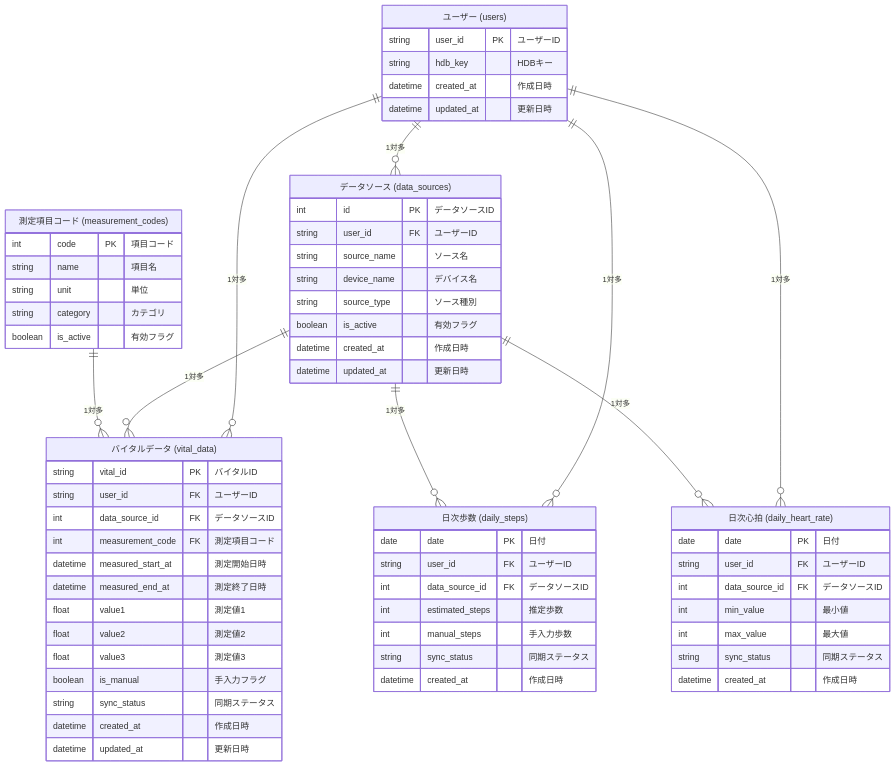
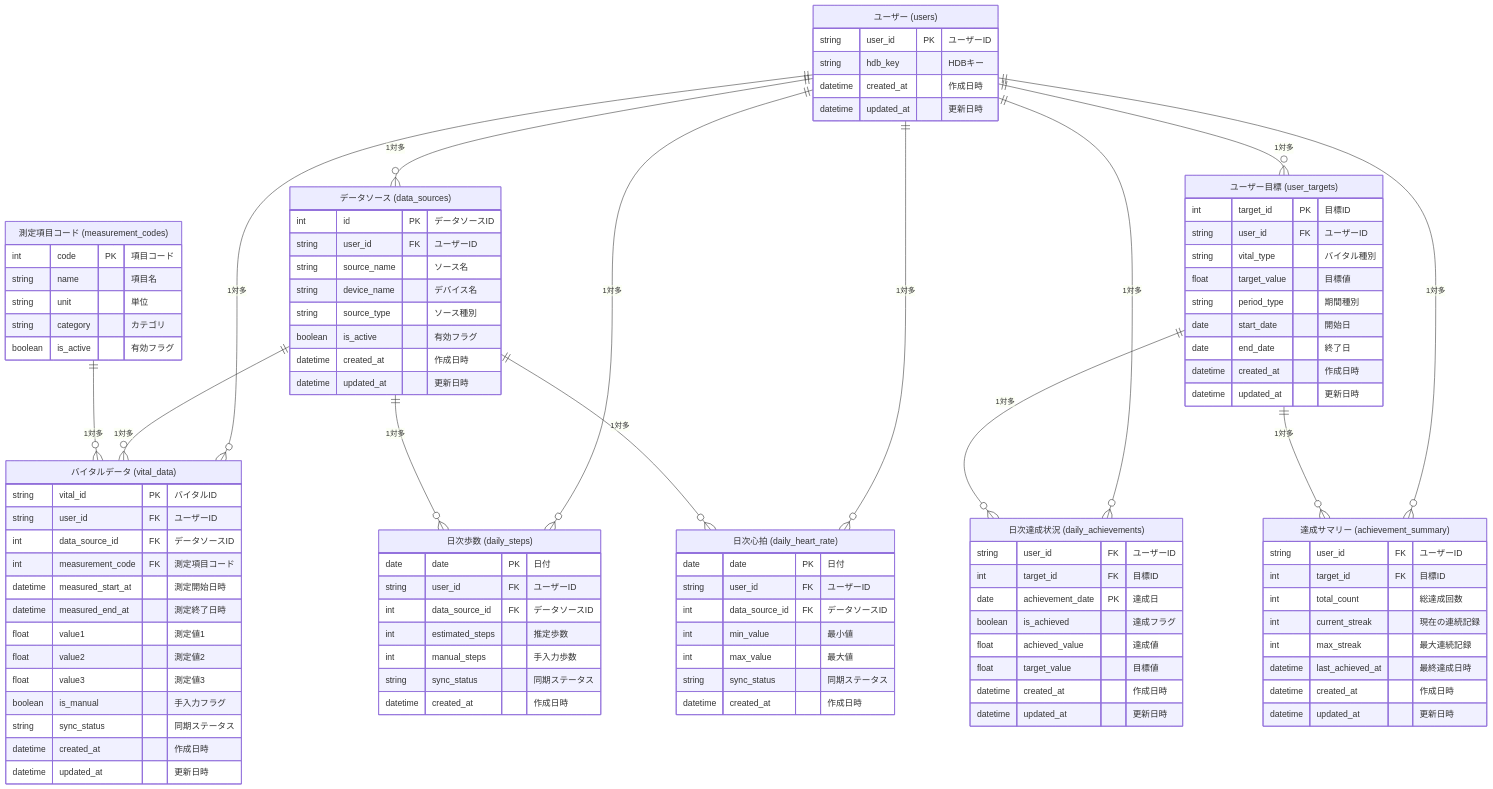
One commit to sasaibu/hdb changed the diagram in doc/設計資料/アプリ内部DB_ER図.md. Above: the diagram before and after it, drawn with Mermaid. The commit also changed other lines of this file and 4 other files, not shown here.

````diff
--- a/doc/設計資料/アプリ内部DB_ER図.md
+++ b/doc/設計資料/アプリ内部DB_ER図.md
@@ -63,15 +63,55 @@
         string sync_status "同期ステータス"
         datetime created_at "作成日時"
     }
+    
+    user_targets["ユーザー目標 (user_targets)"] {
+        int target_id PK "目標ID"
+        string user_id FK "ユーザーID"
+        string vital_type "バイタル種別"
+        float target_value "目標値"
+        string period_type "期間種別"
+        date start_date "開始日"
+        date end_date "終了日"
+        datetime created_at "作成日時"
+        datetime updated_at "更新日時"
+    }
+    
+    daily_achievements["日次達成状況 (daily_achievements)"] {
+        string user_id FK "ユーザーID"
+        int target_id FK "目標ID"
+        date achievement_date PK "達成日"
+        boolean is_achieved "達成フラグ"
+        float achieved_value "達成値"
+        float target_value "目標値"
+        datetime created_at "作成日時"
+        datetime updated_at "更新日時"
+    }
+    
+    achievement_summary["達成サマリー (achievement_summary)"] {
+        string user_id FK "ユーザーID"
+        int target_id FK "目標ID"
+        int total_count "総達成回数"
+        int current_streak "現在の連続記録"
+        int max_streak "最大連続記録"
+        datetime last_achieved_at "最終達成日時"
+        datetime created_at "作成日時"
+        datetime updated_at "更新日時"
+    }
 
     %% リレーションシップ
     users ||--o{ data_sources : "1対多"
     users ||--o{ vital_data : "1対多"
     users ||--o{ daily_steps : "1対多"
     users ||--o{ daily_heart_rate : "1対多"
+    users ||--o{ user_targets : "1対多"
+    users ||--o{ daily_achievements : "1対多"
+    users ||--o{ achievement_summary : "1対多"
     
     data_sources ||--o{ vital_data : "1対多"
     data_sources ||--o{ daily_steps : "1対多"
     data_sources ||--o{ daily_heart_rate : "1対多"
     measurement_codes ||--o{ vital_data : "1対多"
+    
+    user_targets ||--o{ daily_achievements : "1対多"
+    user_targets ||--o{ achievement_summary : "1対多"
 ```
````
